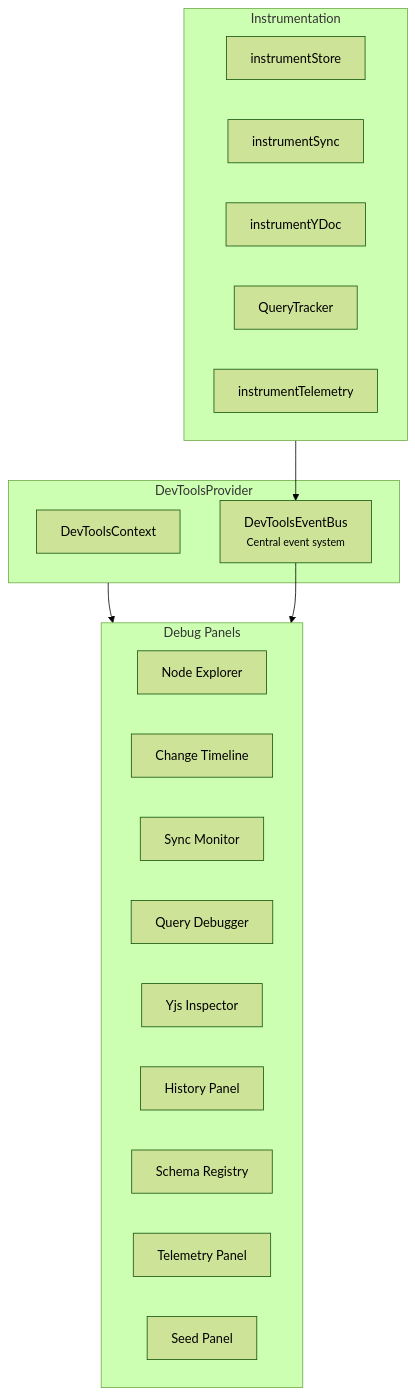
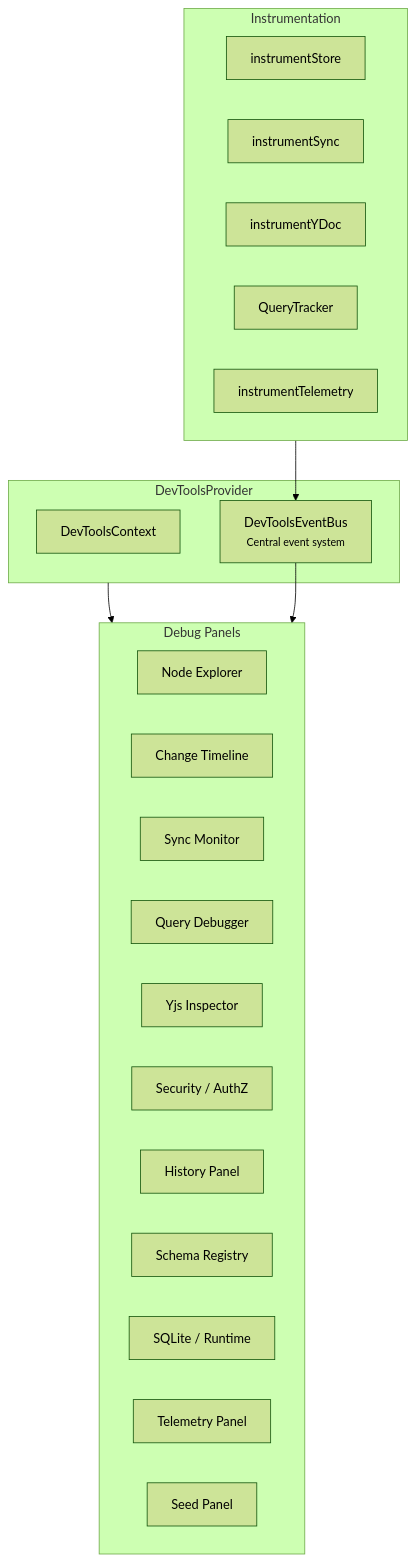
One commit to crs48/xNet changed the diagram in packages/devtools/README.md. Above: the diagram before and after it, drawn with Mermaid (forest theme). The commit also changed other lines of this file and 57 other files, not shown here.

````diff
--- a/packages/devtools/README.md
+++ b/packages/devtools/README.md
@@ -72,30 +84,32 @@
 ```mermaid
 flowchart TD
     subgraph Provider["DevToolsProvider"]
         Context["DevToolsContext"]
         Bus["DevToolsEventBus<br/><small>Central event system</small>"]
     end
 
     subgraph Panels["Debug Panels"]
         NodeExp["Node Explorer"]
         Timeline["Change Timeline"]
         SyncMon["Sync Monitor"]
         QueryDbg["Query Debugger"]
         YjsInsp["Yjs Inspector"]
+        Security["Security / AuthZ"]
         HistPanel["History Panel"]
         SchemaReg["Schema Registry"]
+        SQLite["SQLite / Runtime"]
         TelPanel["Telemetry Panel"]
         Seed["Seed Panel"]
     end
 
     subgraph Instrumentation["Instrumentation"]
         StoreInst["instrumentStore"]
         SyncInst["instrumentSync"]
         YjsInst["instrumentYDoc"]
         QueryInst["QueryTracker"]
         TelInst["instrumentTelemetry"]
     end
 
     Provider --> Panels
     Instrumentation --> Bus --> Panels
 ```
````
